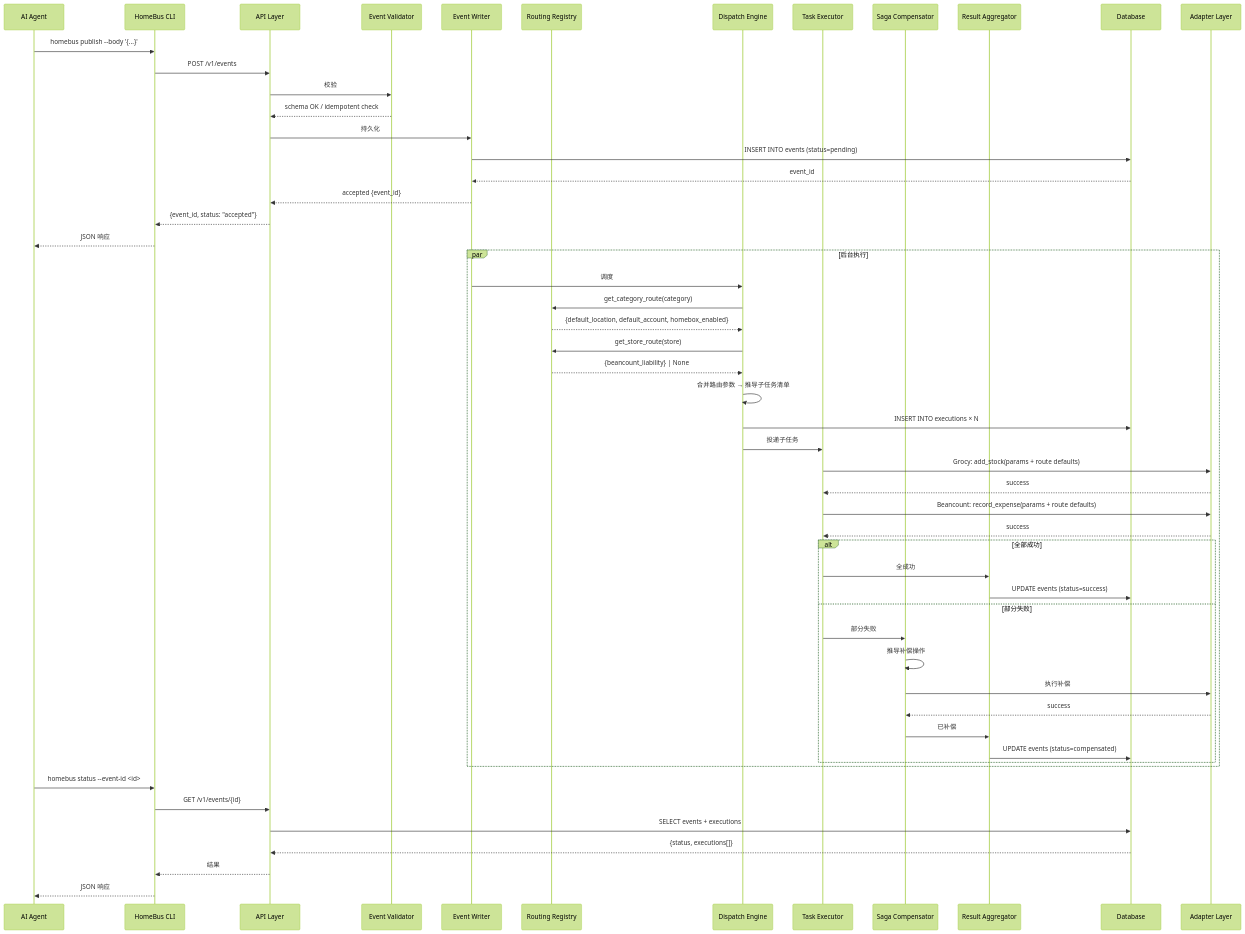
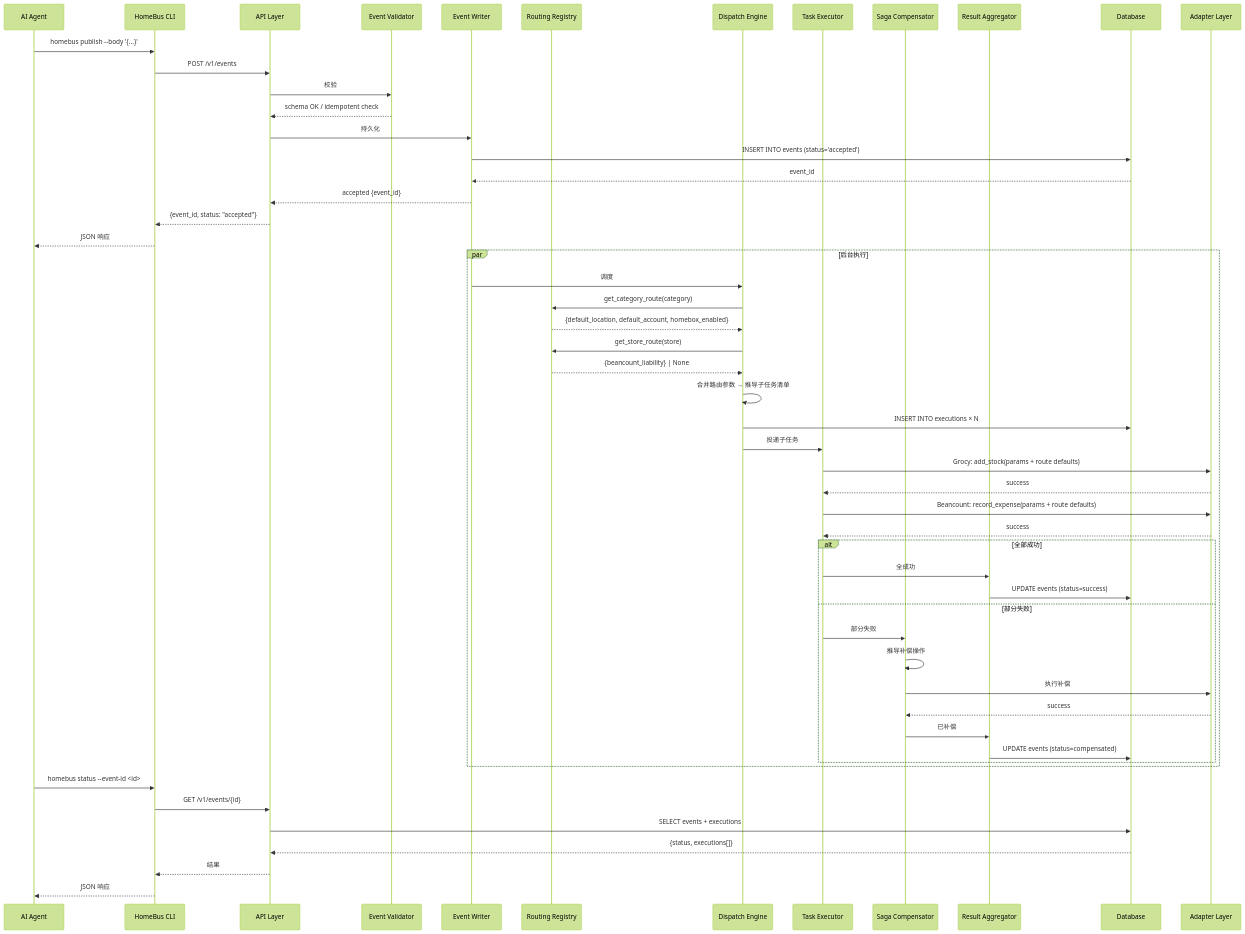
Before and after one commit to vicat47/vicat-home-bus: the second of 3 diagrams in doc/c4/component-core.md, drawn with Mermaid (forest theme). The commit also changed other lines of this file and 11 other files, not shown here.

````diff
--- a/doc/c4/component-core.md
+++ b/doc/c4/component-core.md
@@ -277,63 +279,63 @@
 ```mermaid
 sequenceDiagram
     participant Agent as AI Agent
     participant CLI as HomeBus CLI
     participant API as API Layer
     participant Val as Event Validator
     participant Wri as Event Writer
     participant Reg as Routing Registry
     participant Dis as Dispatch Engine
     participant Exec as Task Executor
     participant Saga as Saga Compensator
     participant Agg as Result Aggregator
     participant DB as Database
     participant Adp as Adapter Layer
 
     Agent->>CLI: homebus publish --body '{...}'
     CLI->>API: POST /v1/events
 
     API->>Val: 校验
     Val-->>API: schema OK / idempotent check
 
     API->>Wri: 持久化
-    Wri->>DB: INSERT INTO events (status=pending)
+    Wri->>DB: INSERT INTO events (status='accepted')
     DB-->>Wri: event_id
     Wri-->>API: accepted {event_id}
     API-->>CLI: {event_id, status: "accepted"}
     CLI-->>Agent: JSON 响应
 
     par 后台执行
         Wri->>Dis: 调度
         Dis->>Reg: get_category_route(category)
         Reg-->>Dis: {default_location, default_account, homebox_enabled}
         Dis->>Reg: get_store_route(store)
         Reg-->>Dis: {beancount_liability} | None
         Dis->>Dis: 合并路由参数 → 推导子任务清单
         Dis->>DB: INSERT INTO executions × N
         Dis->>Exec: 投递子任务
 
         Exec->>Adp: Grocy: add_stock(params + route defaults)
         Adp-->>Exec: success
         Exec->>Adp: Beancount: record_expense(params + route defaults)
         Adp-->>Exec: success
 
         alt 全部成功
             Exec->>Agg: 全成功
             Agg->>DB: UPDATE events (status=success)
         else 部分失败
             Exec->>Saga: 部分失败
             Saga->>Saga: 推导补偿操作
             Saga->>Adp: 执行补偿
             Adp-->>Saga: success
             Saga->>Agg: 已补偿
             Agg->>DB: UPDATE events (status=compensated)
         end
     end
 
     Agent->>CLI: homebus status --event-id <id>
     CLI->>API: GET /v1/events/{id}
     API->>DB: SELECT events + executions
     DB-->>API: {status, executions[]}
     API-->>CLI: 结果
     CLI-->>Agent: JSON 响应
 ```
````
